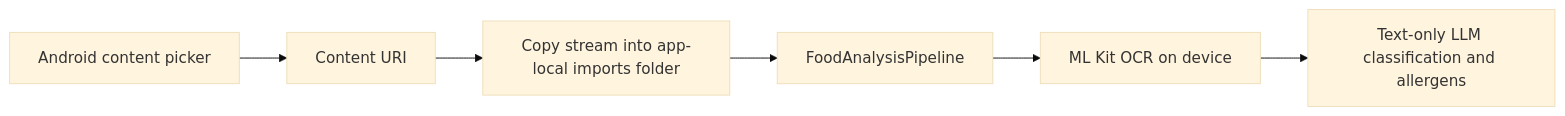
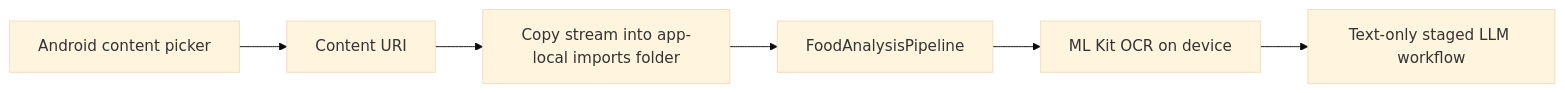
One commit to benevolentbandwidth/ultraprocessed changed the second of 3 diagrams in documentation/03-camera-ocr-barcode.md. Above: the diagram before and after it, drawn with Mermaid (base theme). The commit also changed other lines of this file and 19 other files, not shown here.

````diff
--- a/documentation/03-camera-ocr-barcode.md
+++ b/documentation/03-camera-ocr-barcode.md
@@ -31,8 +31,8 @@
 ```mermaid
 flowchart LR
     Picker[Android content picker] --> Uri[Content URI]
     Uri --> Copy[Copy stream into app-local imports folder]
     Copy --> Analysis[FoodAnalysisPipeline]
     Analysis --> OCR[ML Kit OCR on device]
-    OCR --> LLM[Text-only LLM classification and allergens]
+    OCR --> LLM[Text-only staged LLM workflow]
 ```
````
